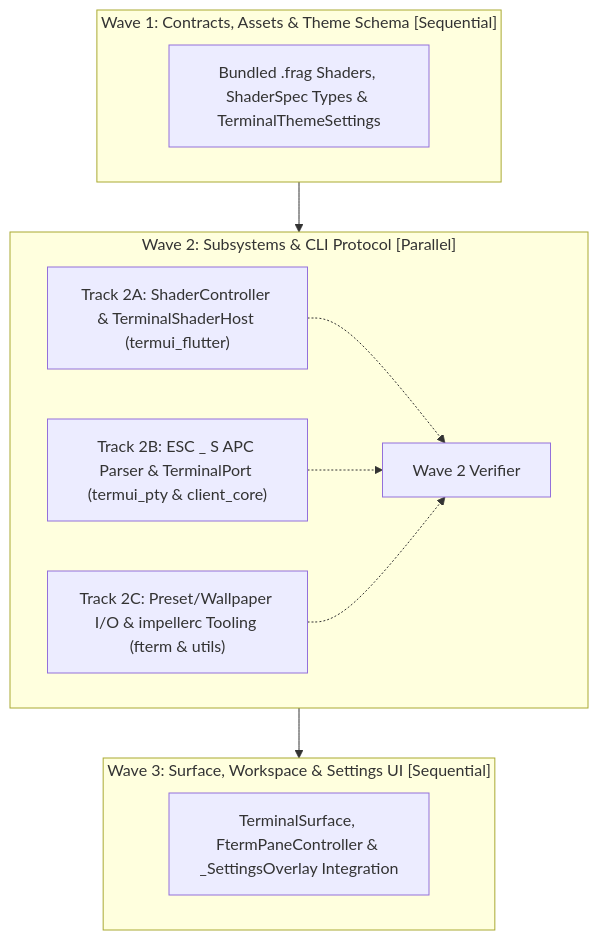
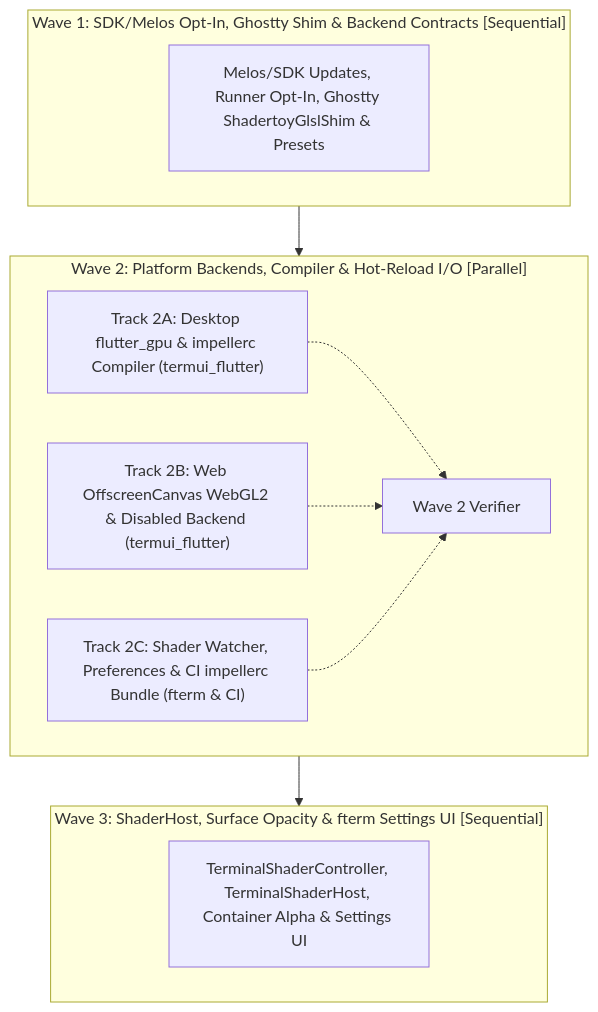
The diagram in docs/plans/step2_fragment_shader_effects_issue_364_plan.md (jtmcdole/termui), drawn with Mermaid before and after one commit. The commit also changed other lines of this file and 3 other files, not shown here.

````diff
--- a/docs/plans/step2_fragment_shader_effects_issue_364_plan.md
+++ b/docs/plans/step2_fragment_shader_effects_issue_364_plan.md
@@ -35,19 +39,19 @@
 ```mermaid
 flowchart TD
-    subgraph W1["Wave 1: Contracts, Assets & Theme Schema [Sequential]"]
-        S1["Bundled .frag Shaders, ShaderSpec Types & TerminalThemeSettings"]
+    subgraph W1["Wave 1: SDK/Melos Opt-In, Ghostty Shim & Backend Contracts [Sequential]"]
+        S1["Melos/SDK Updates, Runner Opt-In, Ghostty ShadertoyGlslShim & Presets"]
     end
-    subgraph W2["Wave 2: Subsystems & CLI Protocol [Parallel]"]
-        T2A["Track 2A: ShaderController & TerminalShaderHost (termui_flutter)"]
-        T2B["Track 2B: ESC _ S APC Parser & TerminalPort (termui_pty & client_core)"]
-        T2C["Track 2C: Preset/Wallpaper I/O & impellerc Tooling (fterm & utils)"]
+    subgraph W2["Wave 2: Platform Backends, Compiler & Hot-Reload I/O [Parallel]"]
+        T2A["Track 2A: Desktop flutter_gpu & impellerc Compiler (termui_flutter)"]
+        T2B["Track 2B: Web OffscreenCanvas WebGL2 & Disabled Backend (termui_flutter)"]
+        T2C["Track 2C: Shader Watcher, Preferences & CI impellerc Bundle (fterm & CI)"]
         V2["Wave 2 Verifier"]
         T2A -.-> V2
         T2B -.-> V2
         T2C -.-> V2
     end
-    subgraph W3["Wave 3: Surface, Workspace & Settings UI [Sequential]"]
-        S3["TerminalSurface, FtermPaneController & _SettingsOverlay Integration"]
+    subgraph W3["Wave 3: ShaderHost, Surface Opacity & fterm Settings UI [Sequential]"]
+        S3["TerminalShaderController, TerminalShaderHost, Container Alpha & Settings UI"]
     end
     W1 --> W2 --> W3
 ```
````
